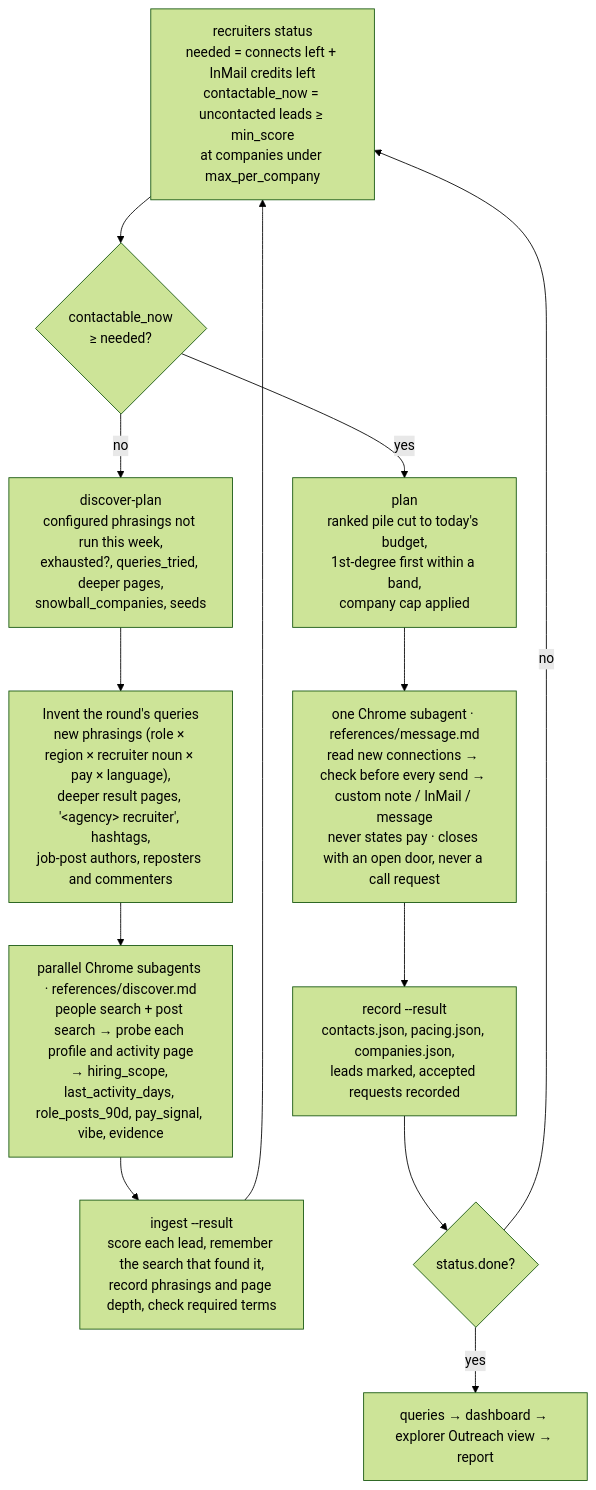
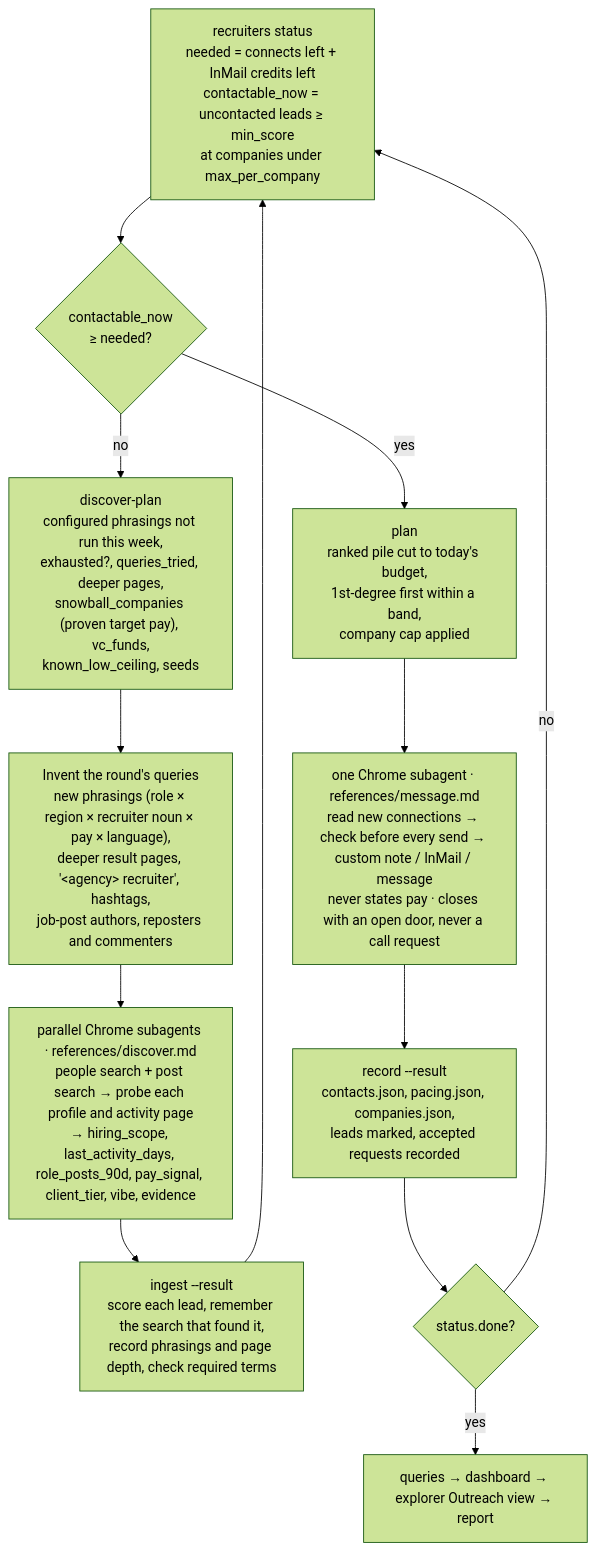
The sixth of 7 diagrams in README.md (ruanchaves/autopilot), drawn with Mermaid (forest theme) before and after one commit. The commit also changed other lines of this file and 6 other files, not shown here.

````diff
--- a/README.md
+++ b/README.md
@@ -220,15 +220,15 @@
 ```mermaid
 flowchart TD
     status["recruiters status<br/>needed = connects left + InMail credits left<br/>contactable_now = uncontacted leads ≥ min_score<br/>at companies under max_per_company"] --> enough{"contactable_now<br/>≥ needed?"}
-    enough -- no --> dplan["discover-plan<br/>configured phrasings not run this week,<br/>exhausted?, queries_tried, deeper pages,<br/>snowball_companies, seeds"]
+    enough -- no --> dplan["discover-plan<br/>configured phrasings not run this week,<br/>exhausted?, queries_tried, deeper pages,<br/>snowball_companies (proven target pay), vc_funds,<br/>known_low_ceiling, seeds"]
     dplan --> invent["Invent the round's queries<br/>new phrasings (role × region × recruiter noun × pay × language),<br/>deeper result pages, '&lt;agency&gt; recruiter', hashtags,<br/>job-post authors, reposters and commenters"]
-    invent --> disc["parallel Chrome subagents · references/discover.md<br/>people search + post search → probe each profile and activity page<br/>→ hiring_scope, last_activity_days, role_posts_90d, pay_signal, vibe, evidence"]
+    invent --> disc["parallel Chrome subagents · references/discover.md<br/>people search + post search → probe each profile and activity page<br/>→ hiring_scope, last_activity_days, role_posts_90d, pay_signal, client_tier, vibe, evidence"]
     disc --> ingest["ingest --result<br/>score each lead, remember the search that found it,<br/>record phrasings and page depth, check required terms"]
     ingest --> status
     enough -- yes --> plan["plan<br/>ranked pile cut to today's budget,<br/>1st-degree first within a band,<br/>company cap applied"]
     plan --> send["one Chrome subagent · references/message.md<br/>read new connections → check before every send → custom note / InMail / message<br/>never states pay · closes with an open door, never a call request"]
     send --> record["record --result<br/>contacts.json, pacing.json, companies.json,<br/>leads marked, accepted requests recorded"]
     record --> done{"status.done?"}
     done -- no --> status
     done -- yes --> report["queries → dashboard → explorer Outreach view → report"]
 ```
````
